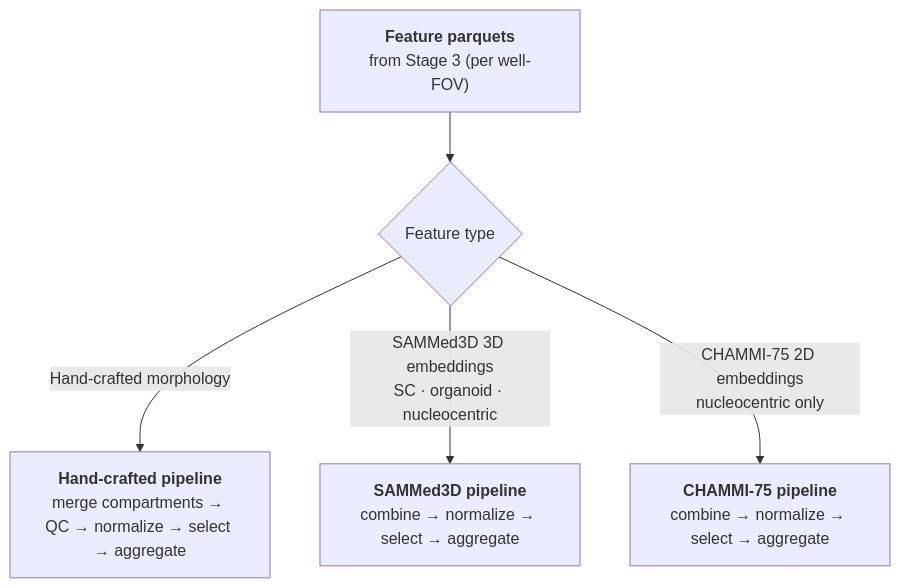
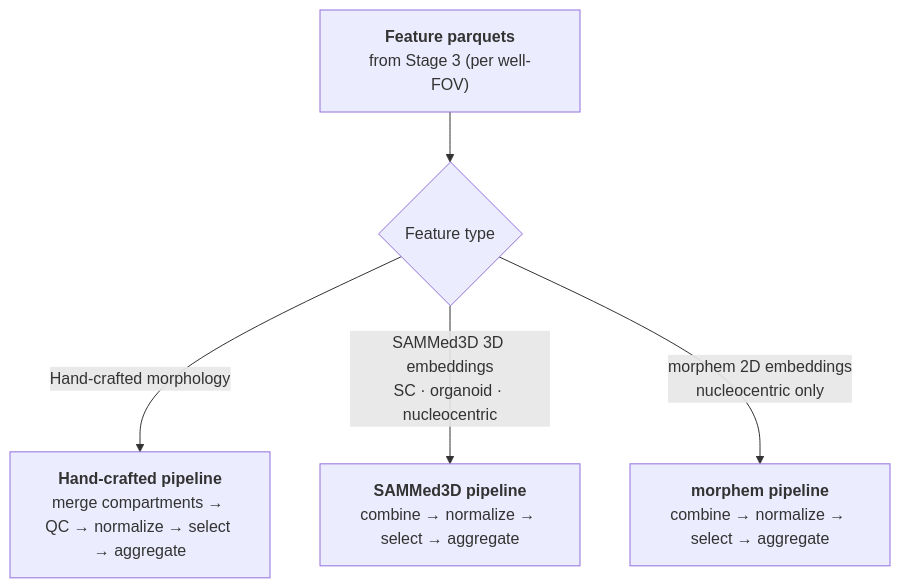
One commit to WayScience/NF1_3D_organoid_profiling_pipeline changed the third of 6 diagrams in README.md. Above: the diagram before and after it, drawn with Mermaid. The commit also changed other lines of this file and 50 other files, not shown here.

````diff
--- a/README.md
+++ b/README.md
@@ -370,7 +370,7 @@
 ```mermaid
 flowchart TD
     A["<b>Feature parquets</b><br/>from Stage 3 (per well-FOV)"] --> B{Feature type}
     B -->|Hand-crafted morphology| C["<b>Hand-crafted pipeline</b><br/>merge compartments → QC → normalize → select → aggregate"]
     B -->|"SAMMed3D 3D embeddings<br/>SC · organoid · nucleocentric"| D["<b>SAMMed3D pipeline</b><br/>combine → normalize → select → aggregate"]
-    B -->|"CHAMMI-75 2D embeddings<br/>nucleocentric only"| E["<b>CHAMMI-75 pipeline</b><br/>combine → normalize → select → aggregate"]
+    B -->|"morphem 2D embeddings<br/>nucleocentric only"| E["<b>morphem pipeline</b><br/>combine → normalize → select → aggregate"]
 ```
````
